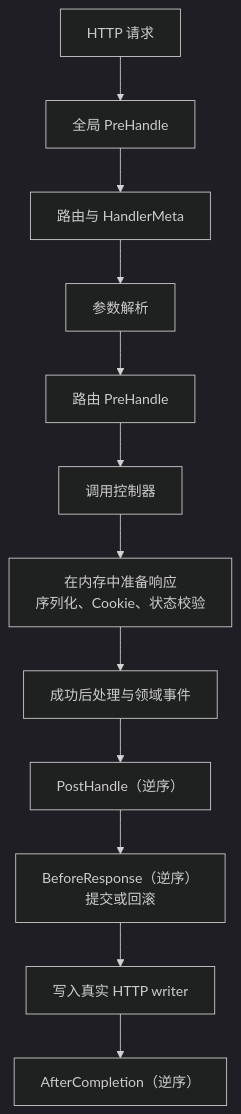
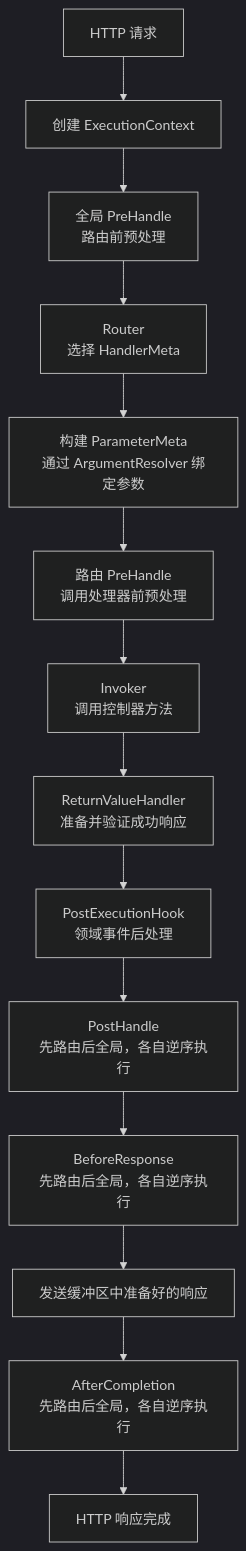
Before and after one commit to NARUBROWN/spine-site: the diagram in docs/zh-Hans/learn/core-concepts/pipeline.md, drawn with Mermaid (dark theme). The commit also changed other lines of this file and 158 other files, not shown here.

````diff
--- a/docs/zh-Hans/learn/core-concepts/pipeline.md
+++ b/docs/zh-Hans/learn/core-concepts/pipeline.md
@@ -7,14 +13,31 @@
 ```mermaid
 graph TD
-    Request["HTTP 请求"] --> GlobalPre["全局 PreHandle"]
-    GlobalPre --> Route["路由与 HandlerMeta"]
-    Route --> Resolve["参数解析"]
-    Resolve --> RoutePre["路由 PreHandle"]
-    RoutePre --> Invoke["调用控制器"]
-    Invoke --> Prepare["在内存中准备响应\n序列化、Cookie、状态校验"]
-    Prepare --> Events["成功后处理与领域事件"]
-    Events --> Post["PostHandle（逆序）"]
-    Post --> Before["BeforeResponse（逆序）\n提交或回滚"]
-    Before --> Flush["写入真实 HTTP writer"]
-    Flush --> After["AfterCompletion（逆序）"]
+    Request["HTTP 请求"]
+    Context["创建 ExecutionContext"]
+    GlobalPre["全局 PreHandle<br>路由前预处理"]
+    Router["Router<br>选择 HandlerMeta"]
+    Binding["构建 ParameterMeta<br>通过 ArgumentResolver 绑定参数"]
+    RoutePre["路由 PreHandle<br>调用处理器前预处理"]
+    Handler["Invoker<br>调用控制器方法"]
+    Return["ReturnValueHandler<br>准备并验证成功响应"]
+    Hook["PostExecutionHook<br>领域事件后处理"]
+    Post["PostHandle<br>先路由后全局，各自逆序执行"]
+    Before["BeforeResponse<br>先路由后全局，各自逆序执行"]
+    Flush["发送缓冲区中准备好的响应"]
+    After["AfterCompletion<br>先路由后全局，各自逆序执行"]
+    Response["HTTP 响应完成"]
+
+    Request --> Context
+    Context --> GlobalPre
+    GlobalPre --> Router
+    Router --> Binding
+    Binding --> RoutePre
+    RoutePre --> Handler
+    Handler --> Return
+    Return --> Hook
+    Hook --> Post
+    Post --> Before
+    Before --> Flush
+    Flush --> After
+    After --> Response
 ```
````
